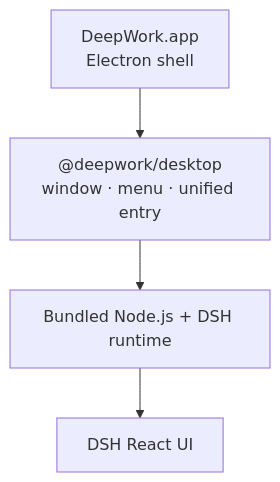
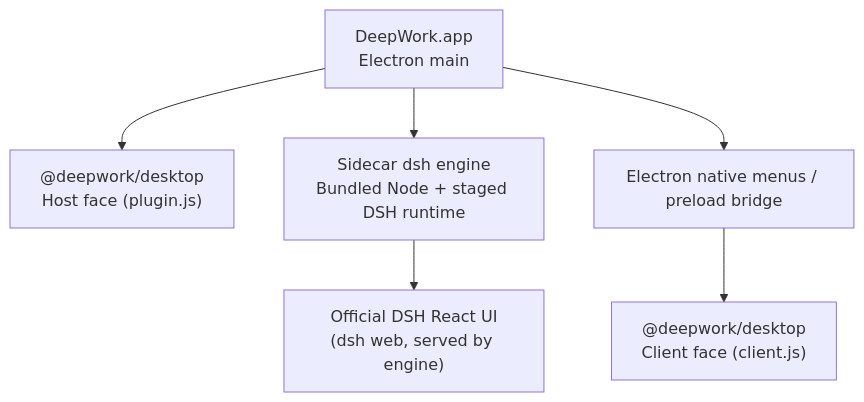
Before and after one commit to oli-bot/dsh-desktop: the diagram in README.en.md, drawn with Mermaid. The commit also changed other lines of this file and 5 other files, not shown here.

````diff
--- a/README.en.md
+++ b/README.en.md
@@ -93,10 +47,14 @@
 ```mermaid
 flowchart TB
-  App["DeepWork.app<br/>Electron shell"]
-  Desktop["@deepwork/desktop<br/>window · menu · unified entry"]
-  Runtime["Bundled Node.js + DSH runtime"]
-  UI["DSH React UI"]
-  App --> Desktop
-  Desktop --> Runtime
+  App["DeepWork.app<br/>Electron main"]
+  Host["@deepwork/desktop<br/>Host face (plugin.js)"]
+  Runtime["Sidecar dsh engine<br/>Bundled Node + staged DSH runtime"]
+  UI["Official DSH React UI<br/>(dsh web, served by engine)"]
+  Client["@deepwork/desktop<br/>Client face (client.js)"]
+  Menu["Electron native menus / preload bridge"]
+  App --> Host
+  App --> Runtime
+  App --> Menu
   Runtime --> UI
+  Menu --> Client
 ```
````
